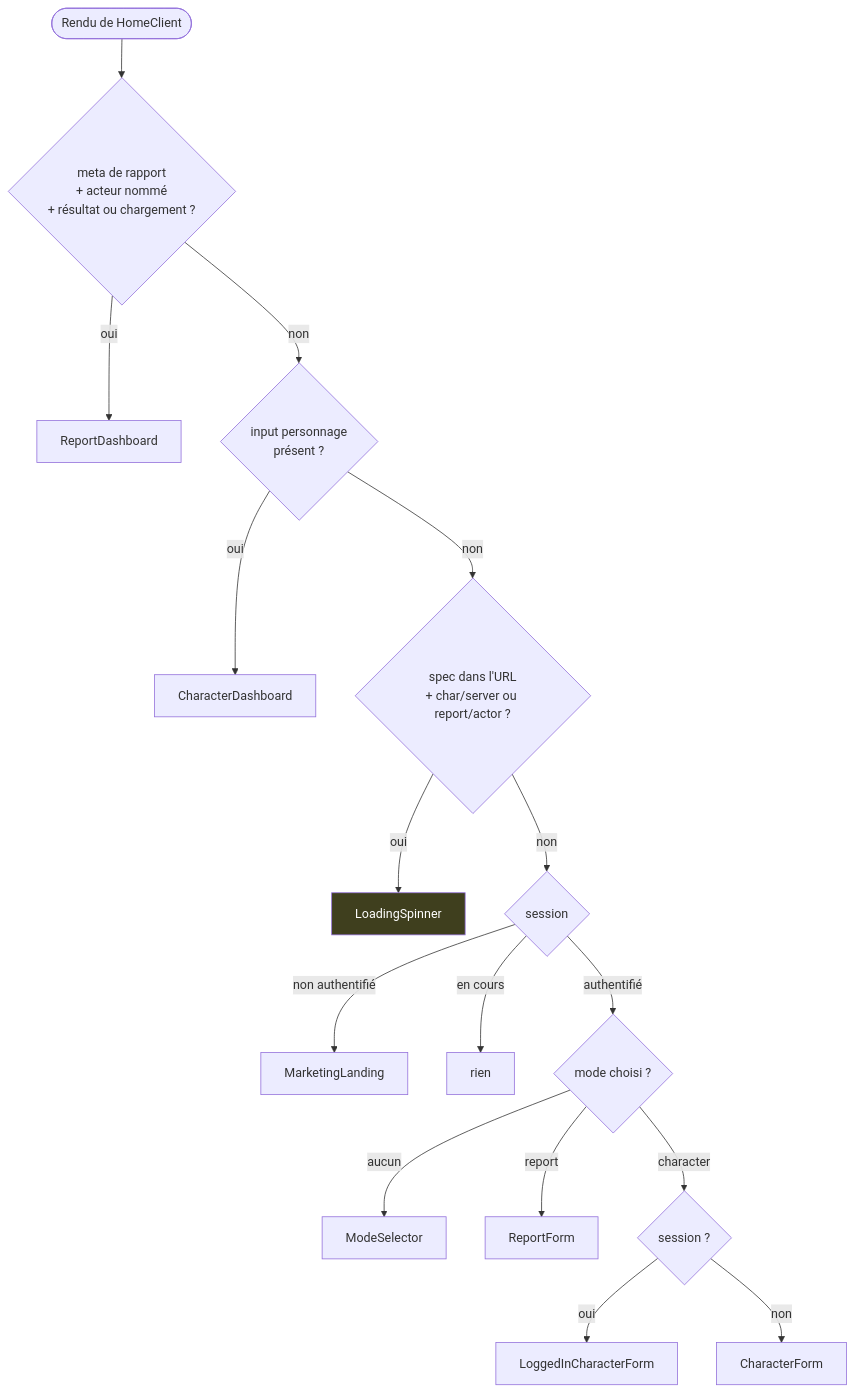
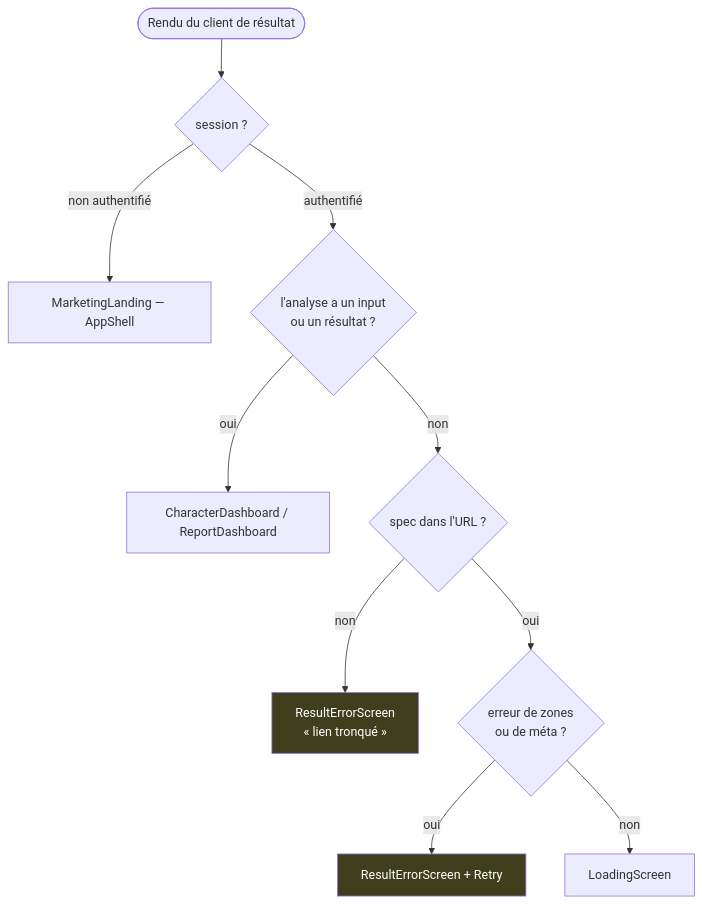
The first of 4 diagrams in docs/02-ui-flows.md (lafonth/LogLense), drawn with Mermaid before and after one commit. The commit also changed other lines of this file and 39 other files, not shown here.

````diff
--- a/docs/02-ui-flows.md
+++ b/docs/02-ui-flows.md
@@ -11,20 +59,15 @@
 ```mermaid
 flowchart TD
-    START([Rendu de HomeClient]) --> Q1{meta de rapport<br/>+ acteur nommé<br/>+ résultat ou chargement ?}
-    Q1 -->|oui| RD[ReportDashboard]
-    Q1 -->|non| Q2{input personnage<br/>présent ?}
-    Q2 -->|oui| CD[CharacterDashboard]
-    Q2 -->|non| Q3{spec dans l'URL<br/>+ char/server ou report/actor ?}
-    Q3 -->|oui| SPIN[LoadingSpinner]
-    Q3 -->|non| Q4{session}
-    Q4 -->|non authentifié| ML[MarketingLanding]
-    Q4 -->|en cours| NULL[rien]
-    Q4 -->|authentifié| Q5{mode choisi ?}
-    Q5 -->|aucun| MS[ModeSelector]
-    Q5 -->|report| RF[ReportForm]
-    Q5 -->|character| Q6{session ?}
-    Q6 -->|oui| LF[LoggedInCharacterForm]
-    Q6 -->|non| CF[CharacterForm]
+    START([Rendu du client de résultat]) --> Q0{session ?}
+    Q0 -->|non authentifié| ML[MarketingLanding — AppShell]
+    Q0 -->|authentifié| Q1{l'analyse a un input<br/>ou un résultat ?}
+    Q1 -->|oui| DASH[CharacterDashboard / ReportDashboard]
+    Q1 -->|non| Q2{spec dans l'URL ?}
+    Q2 -->|non| ERR[ResultErrorScreen<br/>« lien tronqué »]
+    Q2 -->|oui| Q3{erreur de zones<br/>ou de méta ?}
+    Q3 -->|oui| ERR2[ResultErrorScreen + Retry]
+    Q3 -->|non| SPIN[LoadingScreen]
 
-    style SPIN fill:#3f3f1e,color:#fff
+    style ERR fill:#3f3f1e,color:#fff
+    style ERR2 fill:#3f3f1e,color:#fff
 ```
````
